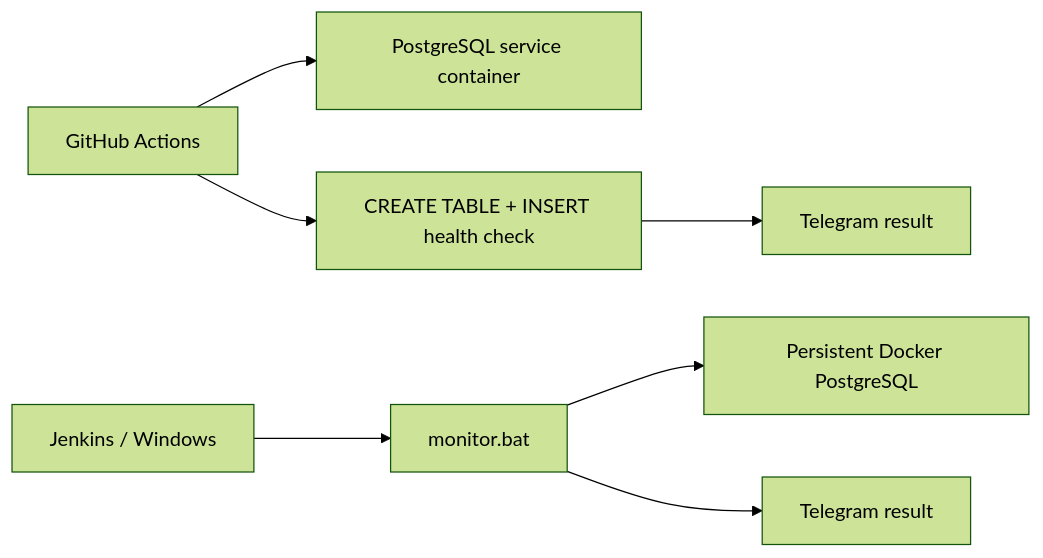
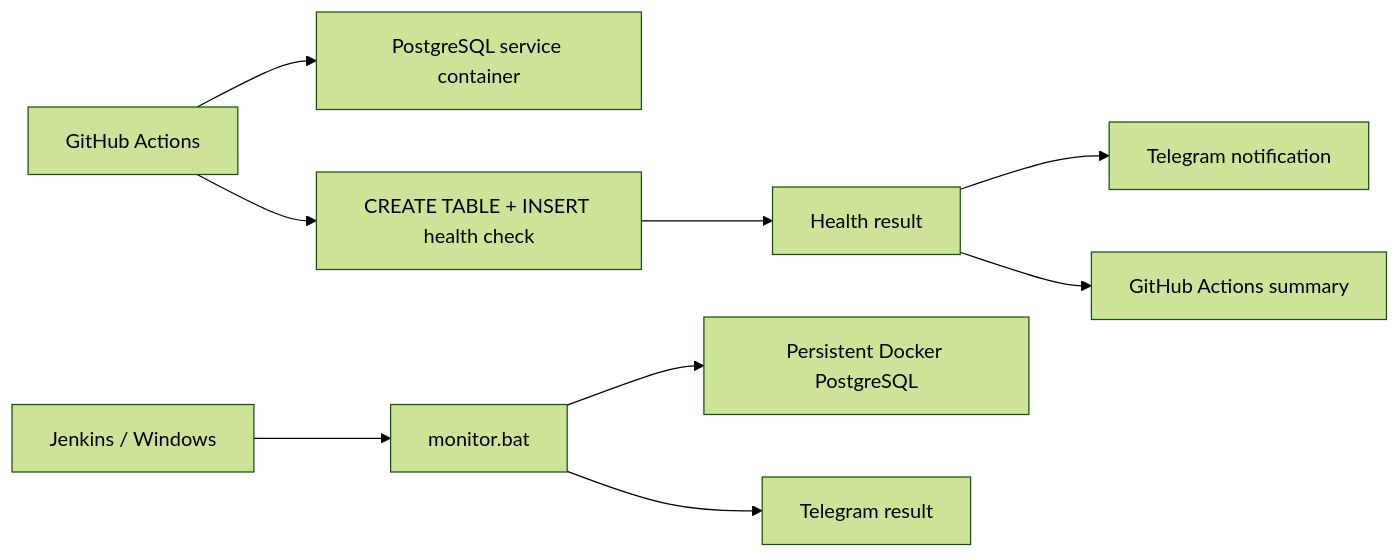
The diagram in README.md (TokhirjonYuldoshev/qa-docker-monitor), drawn with Mermaid (forest theme) before and after one commit. The commit also changed other lines of this file and 1 other file, not shown here.

First line of the commit message:
ci: separate database health from notification transport

````diff
--- a/README.md
+++ b/README.md
@@ -17,10 +20,12 @@
 ```mermaid
 flowchart LR
     GH[GitHub Actions] --> PG1[PostgreSQL service container]
     GH --> SQL1[CREATE TABLE + INSERT health check]
-    SQL1 --> TG1[Telegram result]
+    SQL1 --> R[Health result]
+    R --> TG1[Telegram notification]
+    R --> S[GitHub Actions summary]
 
     J[Jenkins / Windows] --> BAT[monitor.bat]
     BAT --> PG2[Persistent Docker PostgreSQL]
     BAT --> TG2[Telegram result]
 ```
````
